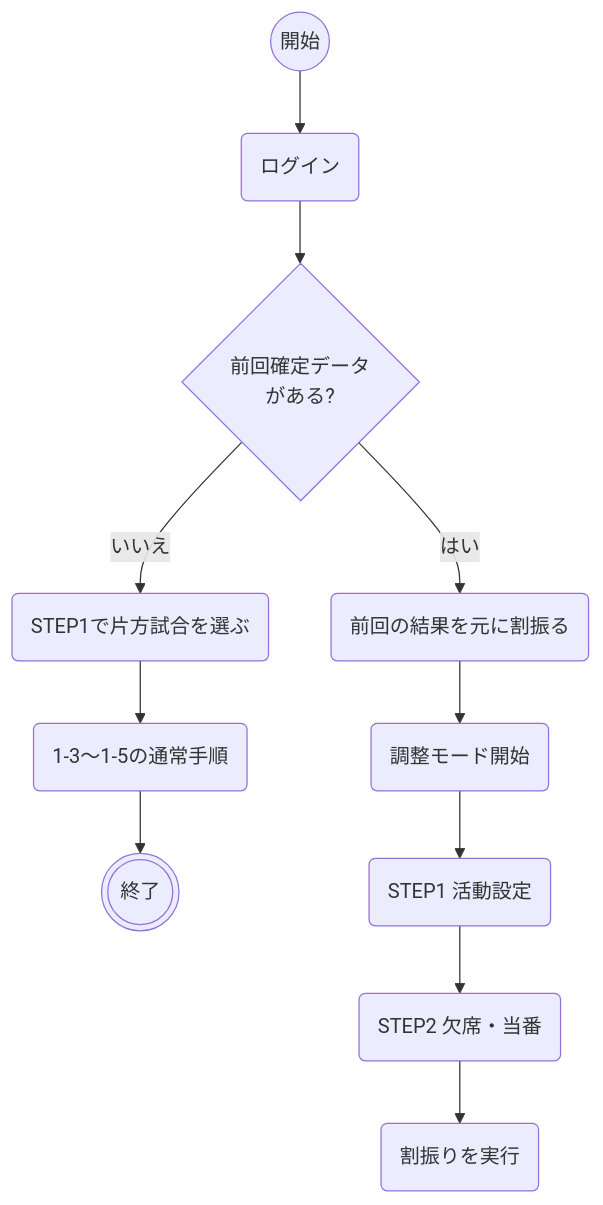
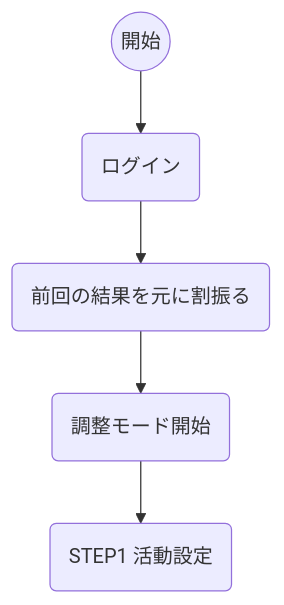
One commit to tcb15-admin/tcb-tools changed the first of 16 diagrams in boys15/docs/TCB-MAN-001_道具割り振りツール_操作マニュアル_v1.5.md. Above: the diagram before and after it, drawn with Mermaid. The commit also changed other lines of this file and 3 other files, not shown here.

First line of the commit message:
fix: 15期マニュアルv1.12でフロー図のPDF途中切れを防止

````diff
--- a/boys15/docs/TCB-MAN-001_道具割り振りツール_操作マニュアル_v1.5.md
+++ b/boys15/docs/TCB-MAN-001_道具割り振りツール_操作マニュアル_v1.5.md
@@ -137,13 +139,7 @@
 ```mermaid
 flowchart TD
     S((開始)) --> L(ログイン)
-    L --> C{前回確定データ<br/>がある?}
-    C -->|いいえ| Z(STEP1で片方試合を選ぶ)
-    Z --> Z2(1-3〜1-5の通常手順)
-    Z2 --> ZE(((終了)))
-    C -->|はい| P1(前回の結果を元に割振る)
+    L --> P1(前回の結果を元に割振る)
     P1 --> B(調整モード開始)
     B --> S1(STEP1 活動設定)
-    S1 --> S2(STEP2 欠席・当番)
-    S2 --> RUN(割振りを実行)
 ```
````
